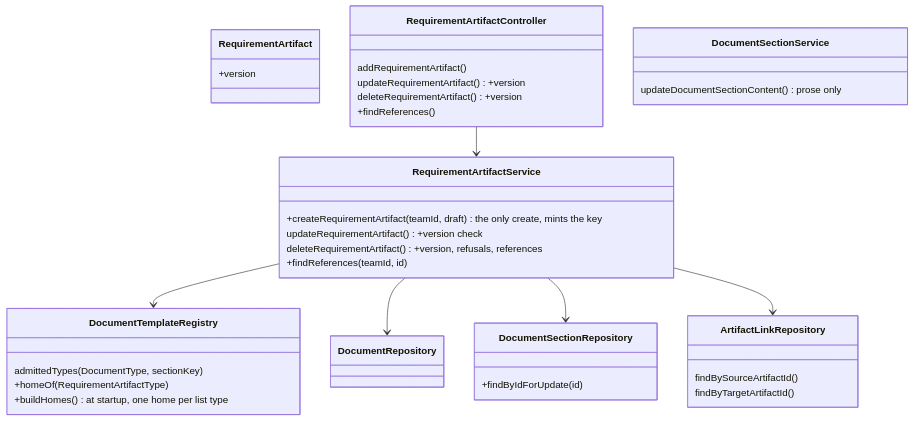
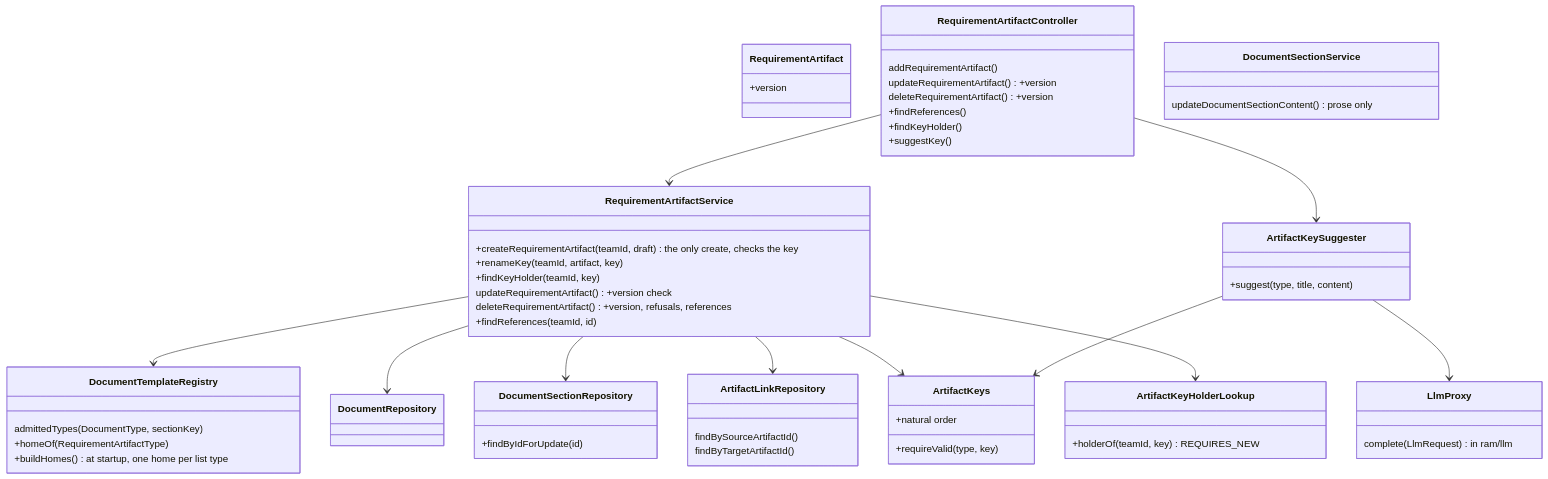
Before and after one commit to Washingtonwei/project-pulse: the first of 4 diagrams in docs/design/art.md, drawn with Mermaid. The commit also changed other lines of this file and 5 other files, not shown here.

First line of the commit message:
Design name-based artifact keys for every type

````diff
--- a/docs/design/art.md
+++ b/docs/design/art.md
@@ -28,38 +28,60 @@
 ```mermaid
 classDiagram
   class RequirementArtifact {
     +version
   }
   class DocumentTemplateRegistry {
     admittedTypes(DocumentType, sectionKey)
     +homeOf(RequirementArtifactType)
     +buildHomes() at startup, one home per list type
   }
   class DocumentSectionRepository {
     +findByIdForUpdate(id)
   }
   class RequirementArtifactController {
     addRequirementArtifact()
     updateRequirementArtifact() +version
     deleteRequirementArtifact() +version
     +findReferences()
+    +findKeyHolder()
+    +suggestKey()
+  }
+  class ArtifactKeys {
+    +requireValid(type, key)
+    +natural order
+  }
+  class ArtifactKeySuggester {
+    +suggest(type, title, content)
+  }
+  class ArtifactKeyHolderLookup {
+    +holderOf(teamId, key) REQUIRES_NEW
+  }
+  class LlmProxy {
+    complete(LlmRequest) in ram/llm
   }
   class RequirementArtifactService {
-    +createRequirementArtifact(teamId, draft) the only create, mints the key
+    +createRequirementArtifact(teamId, draft) the only create, checks the key
+    +renameKey(teamId, artifact, key)
+    +findKeyHolder(teamId, key)
     updateRequirementArtifact() +version check
     deleteRequirementArtifact() +version, refusals, references
     +findReferences(teamId, id)
   }
   class DocumentSectionService {
     updateDocumentSectionContent() prose only
   }
   class ArtifactLinkRepository {
     findBySourceArtifactId()
     findByTargetArtifactId()
   }
   RequirementArtifactController --> RequirementArtifactService
   RequirementArtifactService --> DocumentTemplateRegistry
   RequirementArtifactService --> DocumentRepository
   RequirementArtifactService --> DocumentSectionRepository
   RequirementArtifactService --> ArtifactLinkRepository
+  RequirementArtifactService --> ArtifactKeys
+  RequirementArtifactService --> ArtifactKeyHolderLookup
+  RequirementArtifactController --> ArtifactKeySuggester
+  ArtifactKeySuggester --> ArtifactKeys
+  ArtifactKeySuggester --> LlmProxy
 ```
````
